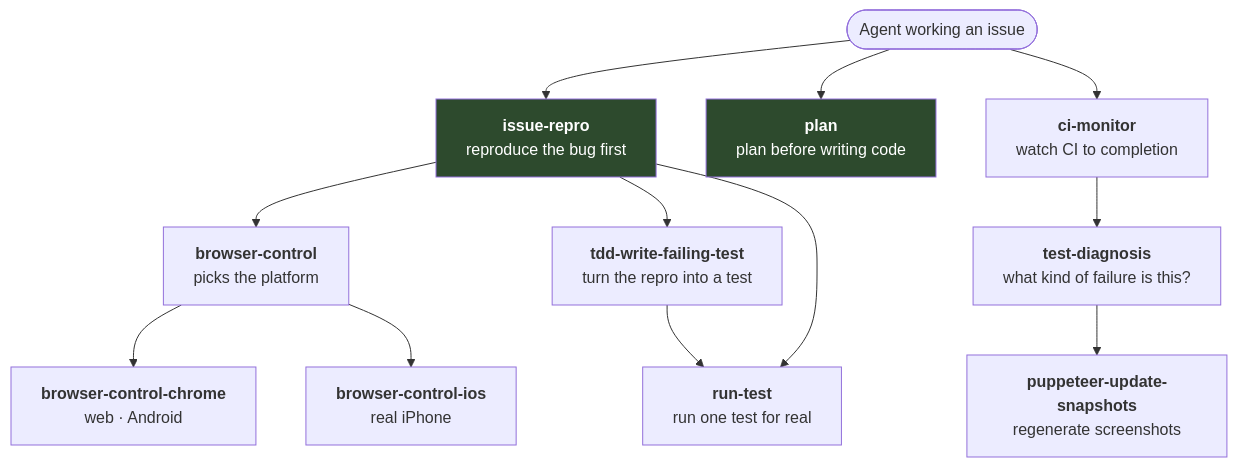
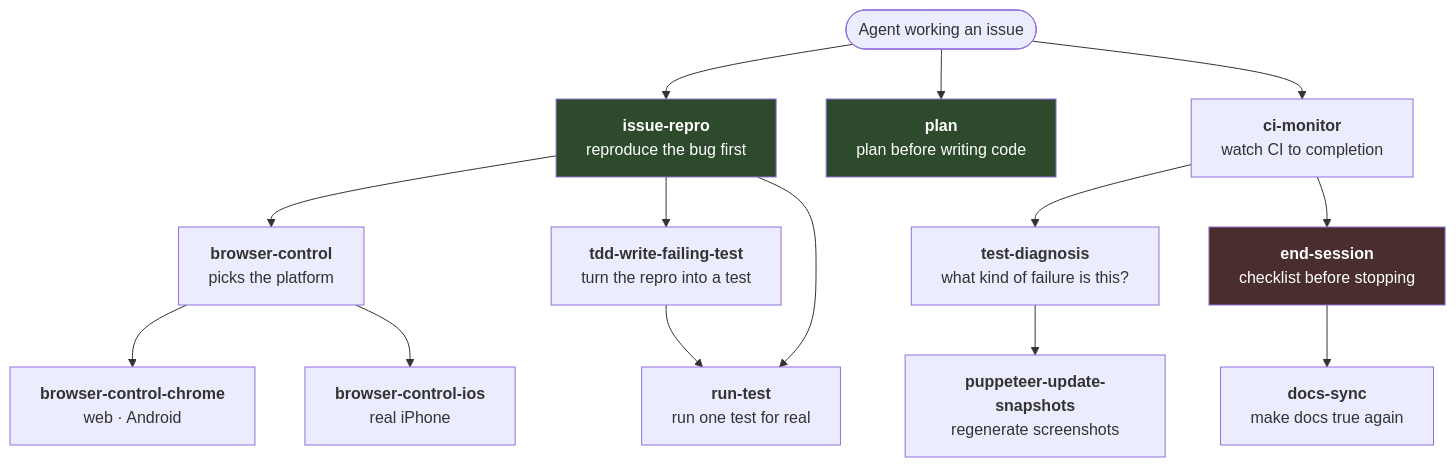
The diagram in docs/agents/skills.md (cybersemics/em), drawn with Mermaid before and after one commit. The commit also changed other lines of this file and 6 other files, not shown here.

First line of the commit message:
feat: add the end-session exit gate and docs-sync

````diff
--- a/docs/agents/skills.md
+++ b/docs/agents/skills.md
@@ -14,32 +14,38 @@
 ```mermaid
 flowchart TD
     START(["Agent working an issue"])
 
     START --> IR["<b>issue-repro</b><br/>reproduce the bug first"]
     START --> PL["<b>plan</b><br/>plan before writing code"]
     START --> CM["<b>ci-monitor</b><br/>watch CI to completion"]
 
     IR --> BC["<b>browser-control</b><br/>picks the platform"]
     BC --> BCC["<b>browser-control-chrome</b><br/>web · Android"]
     BC --> BCI["<b>browser-control-ios</b><br/>real iPhone"]
     IR --> TDD["<b>tdd-write-failing-test</b><br/>turn the repro into a test"]
     TDD --> RT["<b>run-test</b><br/>run one test for real"]
     IR --> RT
 
     CM --> TD["<b>test-diagnosis</b><br/>what kind of failure is this?"]
     TD --> PUS["<b>puppeteer-update-snapshots</b><br/>regenerate screenshots"]
 
+    CM --> ES["<b>end-session</b><br/>checklist before stopping"]
+    ES --> DS["<b>docs-sync</b><br/>make docs true again"]
+
     style IR fill:#2d4a2d,color:#fff
     style PL fill:#2d4a2d,color:#fff
+    style ES fill:#4a2d2d,color:#fff
 
     click IR "https://github.com/cybersemics/em/blob/HEAD/docs/agents/skills.md#issue-repro" "issue-repro — reproduce before investigating"
     click PL "https://github.com/cybersemics/em/blob/HEAD/docs/agents/skills.md#plan" "plan — plan and critique before implementing"
+    click ES "https://github.com/cybersemics/em/blob/HEAD/docs/agents/skills.md#end-session" "end-session — the exit checklist"
+    click DS "https://github.com/cybersemics/em/blob/HEAD/docs/agents/skills.md#docs-sync" "docs-sync — keep documentation true"
     click BC "https://github.com/cybersemics/em/blob/HEAD/docs/agents/skills.md#browser-control" "browser-control — routes by platform"
     click BCC "https://github.com/cybersemics/em/blob/HEAD/docs/agents/skills.md#browser-control-chrome" "browser-control-chrome — web and Android"
     click BCI "https://github.com/cybersemics/em/blob/HEAD/docs/agents/skills.md#browser-control-ios" "browser-control-ios — real iPhone"
     click TDD "https://github.com/cybersemics/em/blob/HEAD/docs/agents/skills.md#tdd-write-failing-test" "tdd-write-failing-test — capture the bug"
     click RT "https://github.com/cybersemics/em/blob/HEAD/docs/agents/skills.md#run-test" "run-test — run one test for real"
     click CM "https://github.com/cybersemics/em/blob/HEAD/docs/agents/skills.md#ci-monitor" "ci-monitor — wait for every check"
     click TD "https://github.com/cybersemics/em/blob/HEAD/docs/agents/skills.md#test-diagnosis" "test-diagnosis — classify the failure"
     click PUS "https://github.com/cybersemics/em/blob/HEAD/docs/agents/skills.md#puppeteer-update-snapshots" "puppeteer-update-snapshots — regenerate screenshots"
 ```
````
